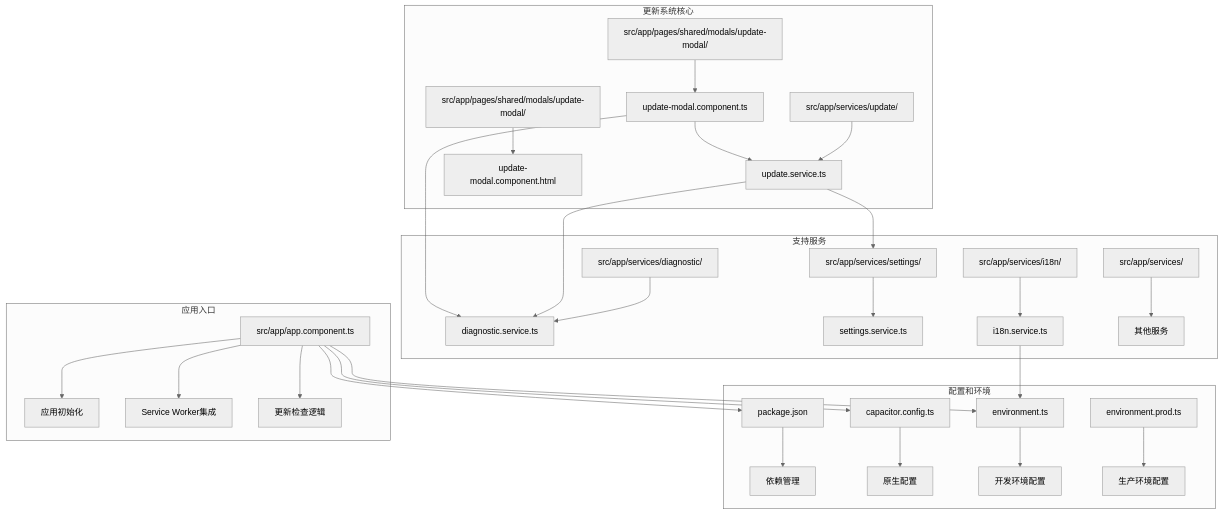
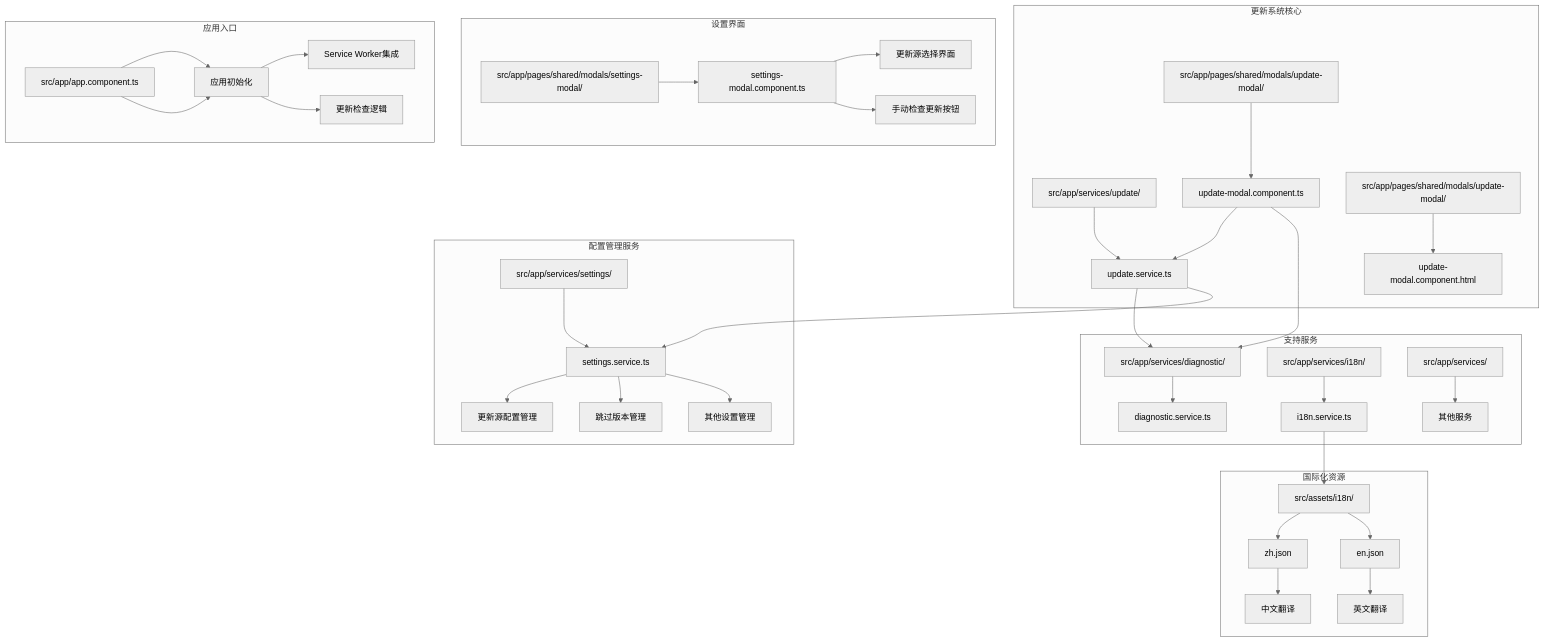
One commit to tea4go/Macro-Deck-Client-App changed the first of 7 diagrams in .qoder/repowiki/zh/content/核心功能模块/应用程序更新系统.md. Above: the diagram before and after it, drawn with Mermaid (neutral theme). The commit also changed other lines of this file and 47 other files, not shown here.

````diff
--- a/.qoder/repowiki/zh/content/核心功能模块/应用程序更新系统.md
+++ b/.qoder/repowiki/zh/content/核心功能模块/应用程序更新系统.md
@@ -61,33 +66,41 @@
 ```mermaid
 graph TB
 subgraph "更新系统核心"
 A[src/app/services/update/] --> B[update.service.ts]
 C[src/app/pages/shared/modals/update-modal/] --> D[update-modal.component.ts]
 E[src/app/pages/shared/modals/update-modal/] --> F[update-modal.component.html]
 end
+subgraph "配置管理服务"
+G[src/app/services/settings/] --> H[settings.service.ts]
+H --> I[更新源配置管理]
+H --> J[跳过版本管理]
+H --> K[其他设置管理]
+end
+subgraph "设置界面"
+L[src/app/pages/shared/modals/settings-modal/] --> M[settings-modal.component.ts]
+M --> N[更新源选择界面]
+M --> O[手动检查更新按钮]
+end
 subgraph "支持服务"
-G[src/app/services/diagnostic/] --> H[diagnostic.service.ts]
-I[src/app/services/settings/] --> J[settings.service.ts]
-K[src/app/services/i18n/] --> L[i18n.service.ts]
-M[src/app/services/] --> N[其他服务]
+P[src/app/services/diagnostic/] --> Q[diagnostic.service.ts]
+R[src/app/services/i18n/] --> S[i18n.service.ts]
+T[src/app/services/] --> U[其他服务]
 end
-subgraph "配置和环境"
-O[package.json] --> P[依赖管理]
-Q[capacitor.config.ts] --> R[原生配置]
-S[environment.ts] --> T[开发环境配置]
-U[environment.prod.ts] --> V[生产环境配置]
+subgraph "国际化资源"
+V[src/assets/i18n/] --> W[zh.json]
+V --> X[en.json]
+W --> Y[中文翻译]
+X --> Z[英文翻译]
 end
 subgraph "应用入口"
-W[src/app/app.component.ts] --> X[应用初始化]
-W --> Y[Service Worker集成]
-W --> Z[更新检查逻辑]
+AA[src/app/app.component.ts] --> AB[应用初始化]
+AB --> AC[Service Worker集成]
+AB --> AD[更新检查逻辑]
 end
+B --> P
 B --> H
-B --> I
 D --> B
-D --> H
-L --> S
-W --> O
-W --> Q
-W --> S
+D --> P
+S --> V
+AA --> AB
 ```
````
